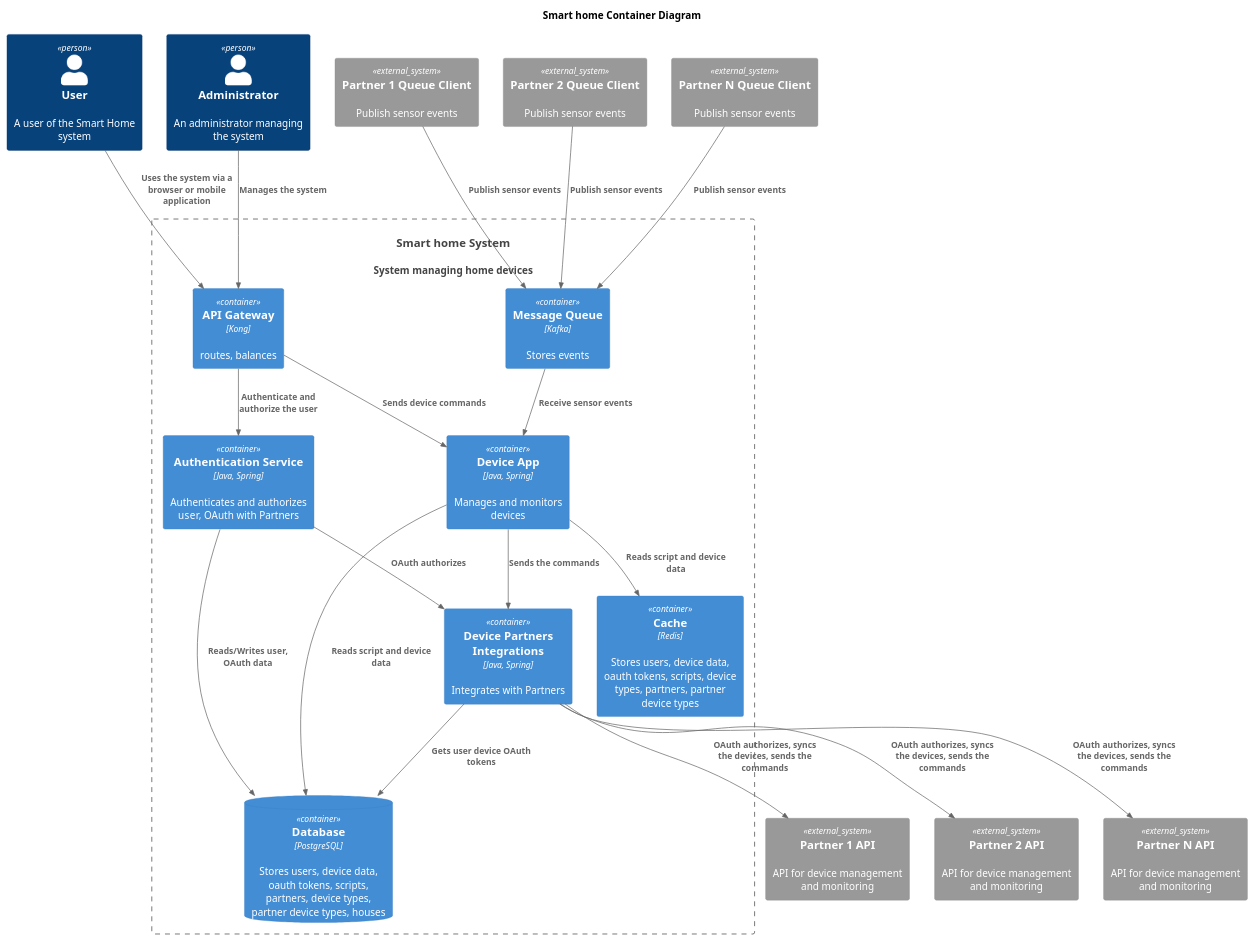
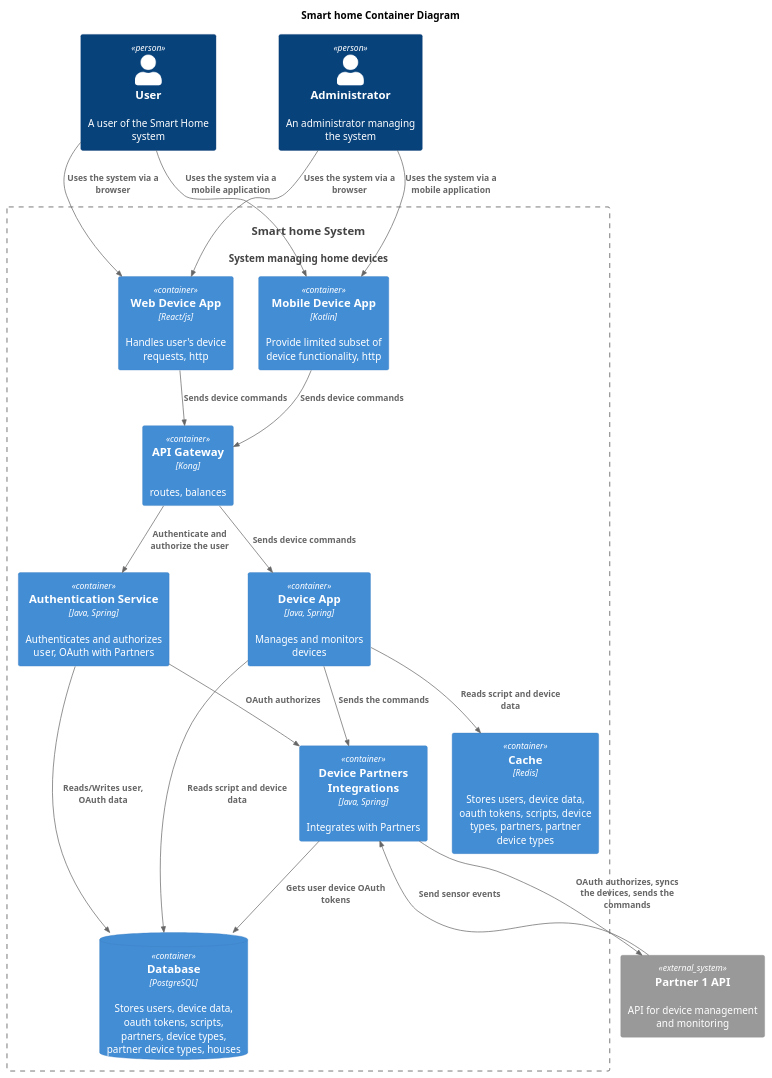
One commit to tzaretskaya/architecture-sprint-3 changed the diagram in smart-home-monolith/docs/Container.puml. Above: the diagram before and after it, drawn with PlantUML. The commit also changed 5 other files, not shown here.

```diff
--- a/smart-home-monolith/docs/Container.puml
+++ b/smart-home-monolith/docs/Container.puml
@@ -1,49 +1,48 @@
 @startuml
 title Smart home Container Diagram
 
 top to bottom direction
 
 !includeurl https://raw.githubusercontent.com/RicardoNiepel/C4-PlantUML/master/C4_Component.puml
 
 Person(user, "User", "A user of the Smart Home system")
 Person(admin, "Administrator", "An administrator managing the system")
 System(SmartHomeSystem, "Smart home System", "System managing home devices")
 
 Container_Boundary(SmartHomeSystem, "Smart home System") {
   Container(ApiGateway, "API Gateway", "Kong", "routes, balances")
   ContainerDb(Database, "Database", "PostgreSQL", "Stores users, device data, oauth tokens, scripts, partners, device types, partner device types, houses")
   Container(Cache, "Cache", "Redis", "Stores users, device data, oauth tokens, scripts, device types, partners, partner device types")
   Container(Auth, "Authentication Service", "Java, Spring", "Authenticates and authorizes user, OAuth with Partners")
+  Container(WebDeviceApp, "Web Device App", "React/js", "Handles user's device requests, http")
+  Container(MobileDeviceApp, "Mobile Device App", "Kotlin", "Provide limited subset of device functionality, http")
   Container(DeviceApp, "Device App", "Java, Spring", "Manages and monitors devices")
   Container(DeviceIntegration, "Device Partners Integrations", "Java, Spring", "Integrates with Partners")
-  Container(Queue, "Message Queue", "Kafka", "Stores events")
+'  Container(Queue, "Message Queue", "Kafka", "Stores events")
 }
 
 System_Ext(partner1Api, "Partner 1 API", "API for device management and monitoring")
-System_Ext(partner2Api, "Partner 2 API", "API for device management and monitoring")
-System_Ext(partnernApi, "Partner N API", "API for device management and monitoring")
 
-System_Ext(partner1QueueClient, "Partner 1 Queue Client", "Publish sensor events")
-System_Ext(partner2QueueClient, "Partner 2 Queue Client", "Publish sensor events")
-System_Ext(partnernQueueClient, "Partner N Queue Client", "Publish sensor events")
+'System_Ext(partner1QueueClient, "Partner 1 Queue Client", "Publish sensor events")
 
-Rel(user, ApiGateway, "Uses the system via a browser or mobile application")
-Rel(admin, ApiGateway,"Manages the system")
+Rel(user, WebDeviceApp, "Uses the system via a browser")
+Rel(user, MobileDeviceApp, "Uses the system via a mobile application")
+Rel(admin, WebDeviceApp, "Uses the system via a browser")
+Rel(admin, MobileDeviceApp, "Uses the system via a mobile application")
 Rel(ApiGateway, Auth, "Authenticate and authorize the user")
+Rel(WebDeviceApp, ApiGateway, "Sends device commands")
+Rel(MobileDeviceApp, ApiGateway, "Sends device commands")
 Rel(ApiGateway, DeviceApp, "Sends device commands")
 Rel(Auth,Database,"Reads/Writes user, OAuth data")
 Rel(Auth,DeviceIntegration,"OAuth authorizes")
 Rel(DeviceIntegration,partner1Api,"OAuth authorizes, syncs the devices, sends the commands")
-Rel(DeviceIntegration,partner2Api,"OAuth authorizes, syncs the devices, sends the commands")
-Rel(DeviceIntegration,partnernApi,"OAuth authorizes, syncs the devices, sends the commands")
-Rel(partner1QueueClient,Queue,"Publish sensor events")
-Rel(partner2QueueClient,Queue,"Publish sensor events")
-Rel(partnernQueueClient,Queue,"Publish sensor events")
+'Rel(partner1QueueClient,Queue,"Publish sensor events")
+Rel(partner1Api, DeviceIntegration,"Send sensor events")
 Rel(DeviceIntegration,Database,"Gets user device OAuth tokens")
-Rel(Queue,DeviceApp,"Receive sensor events")
+'Rel(Queue,DeviceApp,"Receive sensor events")
 Rel(DeviceApp,DeviceIntegration,"Sends the commands")
 Rel(DeviceApp,Database,"Reads script and device data")
 Rel(DeviceApp,Cache,"Reads script and device data")
 
 
 @enduml
```
